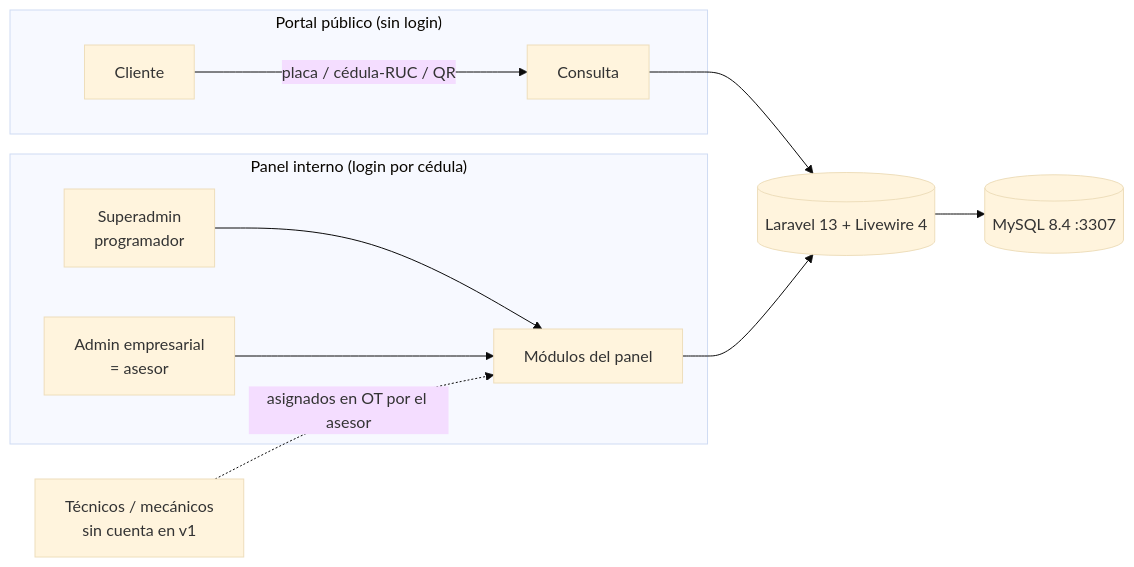
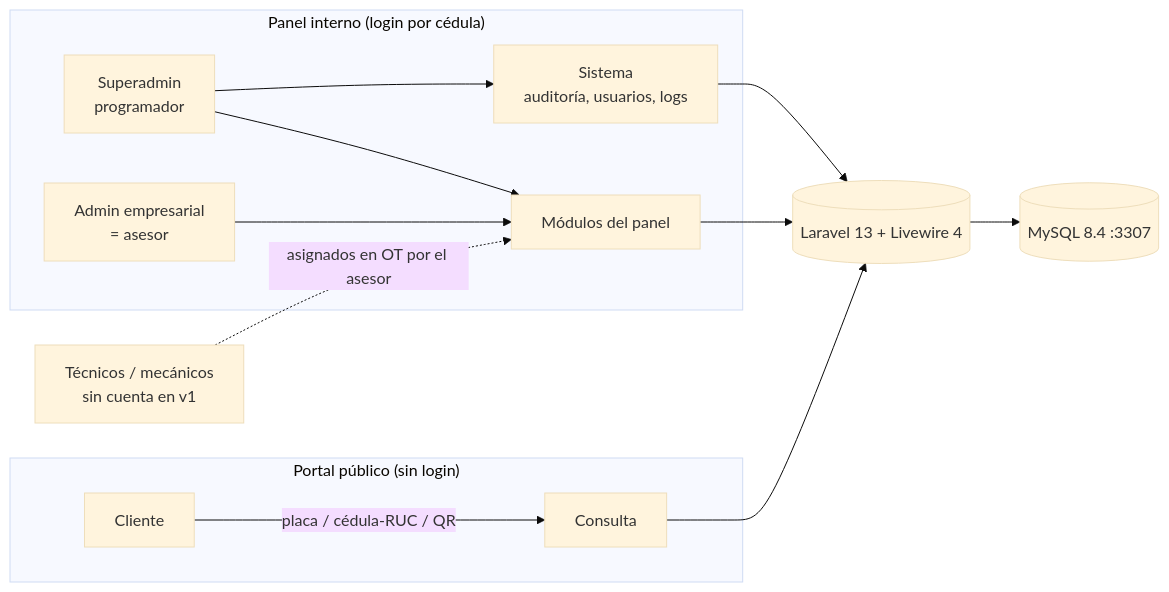
One commit to dannyjoeltenelema-debug/Taller-Automotriz changed the first of 10 diagrams in docs/ARQUITECTURA.md. Above: the diagram before and after it, drawn with Mermaid (base theme). The commit also changed other lines of this file and 1 other file, not shown here.

````diff
--- a/docs/ARQUITECTURA.md
+++ b/docs/ARQUITECTURA.md
@@ -40,14 +41,16 @@
 ```mermaid
 flowchart LR
     subgraph Publico["Portal público (sin login)"]
         C[Cliente] -->|placa / cédula-RUC / QR| PP[Consulta]
     end
     subgraph Panel["Panel interno (login por cédula)"]
         SA[Superadmin<br/>programador] --> P[Módulos del panel]
+        SA --> SIS[Sistema<br/>auditoría, usuarios, logs]
         AD[Admin empresarial<br/>= asesor] --> P
     end
     PP --> APP[(Laravel 13 + Livewire 4)]
     P --> APP
+    SIS --> APP
     APP --> DB[(MySQL 8.4 :3307)]
     T[Técnicos / mecánicos<br/>sin cuenta en v1] -.asignados en OT por el asesor.-> P
 ```
````
